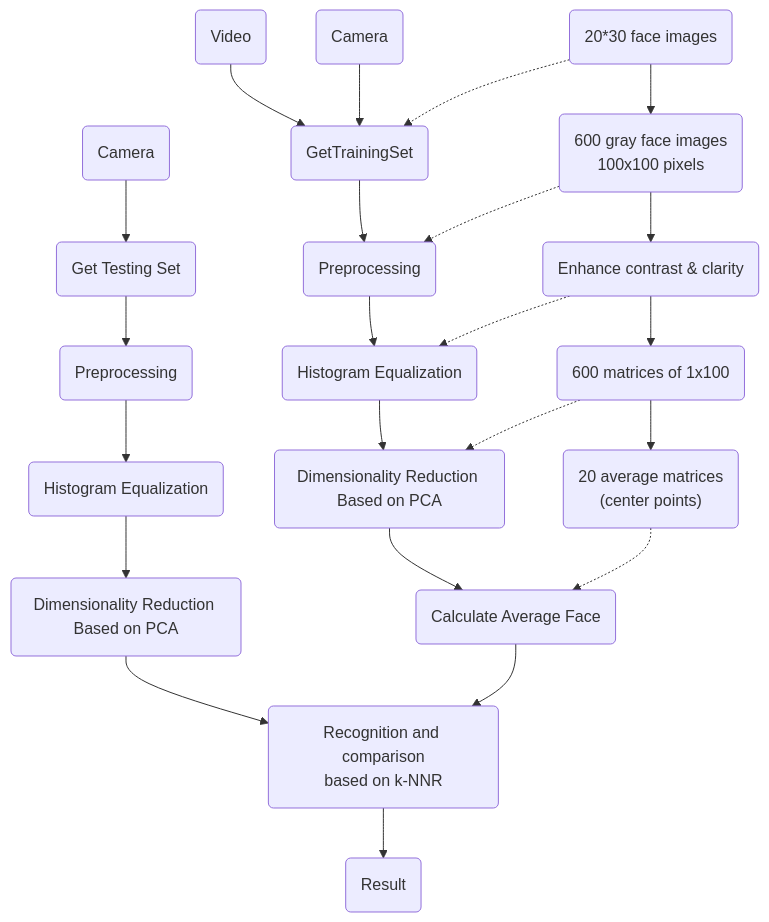
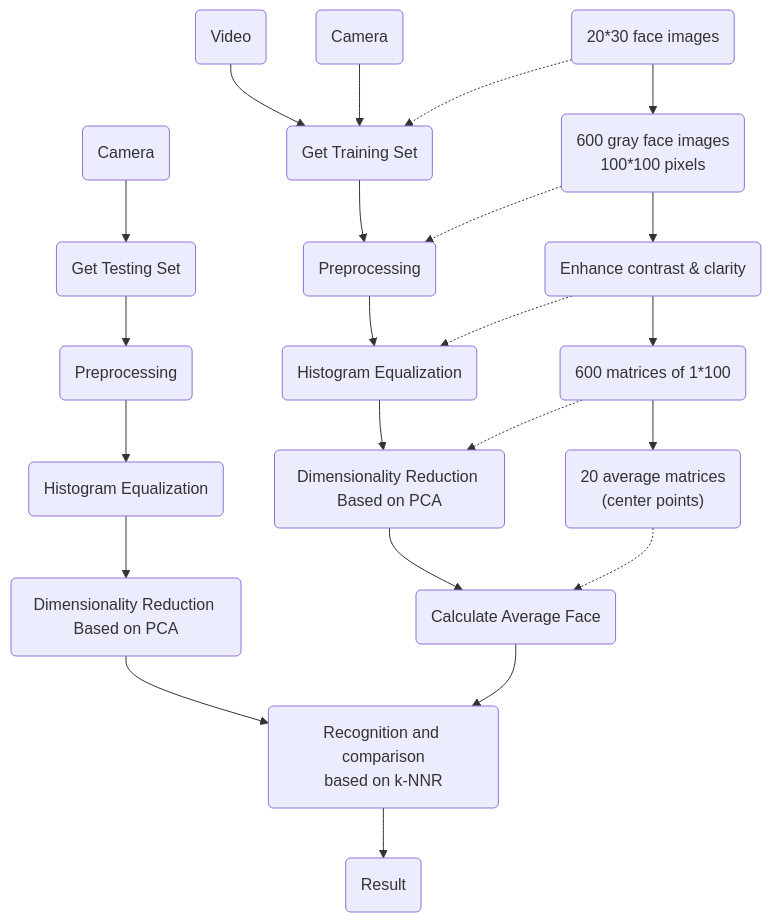
The diagram in Project Report/README.md (letianjiang05/G0191-Project-PCA-in-face-recognition), drawn with Mermaid before and after one commit. The commit also changed other lines of this file and 12 other files, not shown here.

````diff
--- a/Project Report/README.md
+++ b/Project Report/README.md
@@ -6,30 +6,30 @@
 ```mermaid
 flowchart TD
     A1(Camera) --> A2(Get Testing Set)
     A2 --> A3(Preprocessing)
     A3 --> A4(Histogram Equalization)
     A4 --> A5(Dimensionality Reduction Based on PCA)
 
-    B1(Video) --> B2(GetTrainingSet)
+    B1(Video) --> B2(Get Training Set)
     B3(Camera) --> B2
     B2 --> B4(Preprocessing)
     B4 --> B5(Histogram Equalization)
     B5 --> B6(Dimensionality Reduction Based on PCA)
     B6 --> B7(Calculate Average Face)
 
     C1(20*30 face images)
-    C1 --> C2(600 gray face images<br>100x100 pixels)
+    C1 --> C2(600 gray face images<br>100*100 pixels)
     C2 --> C3(Enhance contrast & clarity)
-    C3 --> C4(600 matrices of 1x100)
+    C3 --> C4(600 matrices of 1*100)
     C4 --> C5("20 average matrices<br>(center points)")
     C5 -.-> B7
     C4 -.-> B6
     C3 -.-> B5
     C2 -.-> B4
     C1 -.-> B2
 
   A5 --> D(Recognition and comparison<br>based on k-NNR)
   B7 --> D
   D --> E(Result)
 
 ```
````
